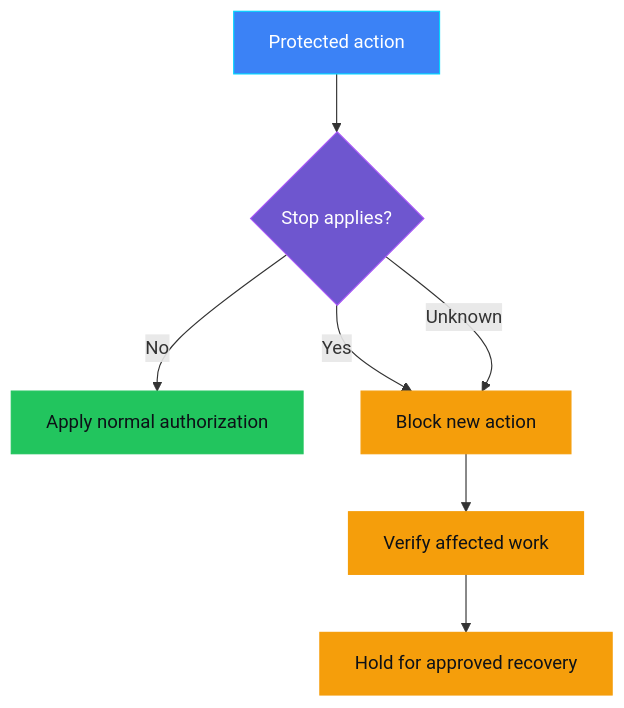
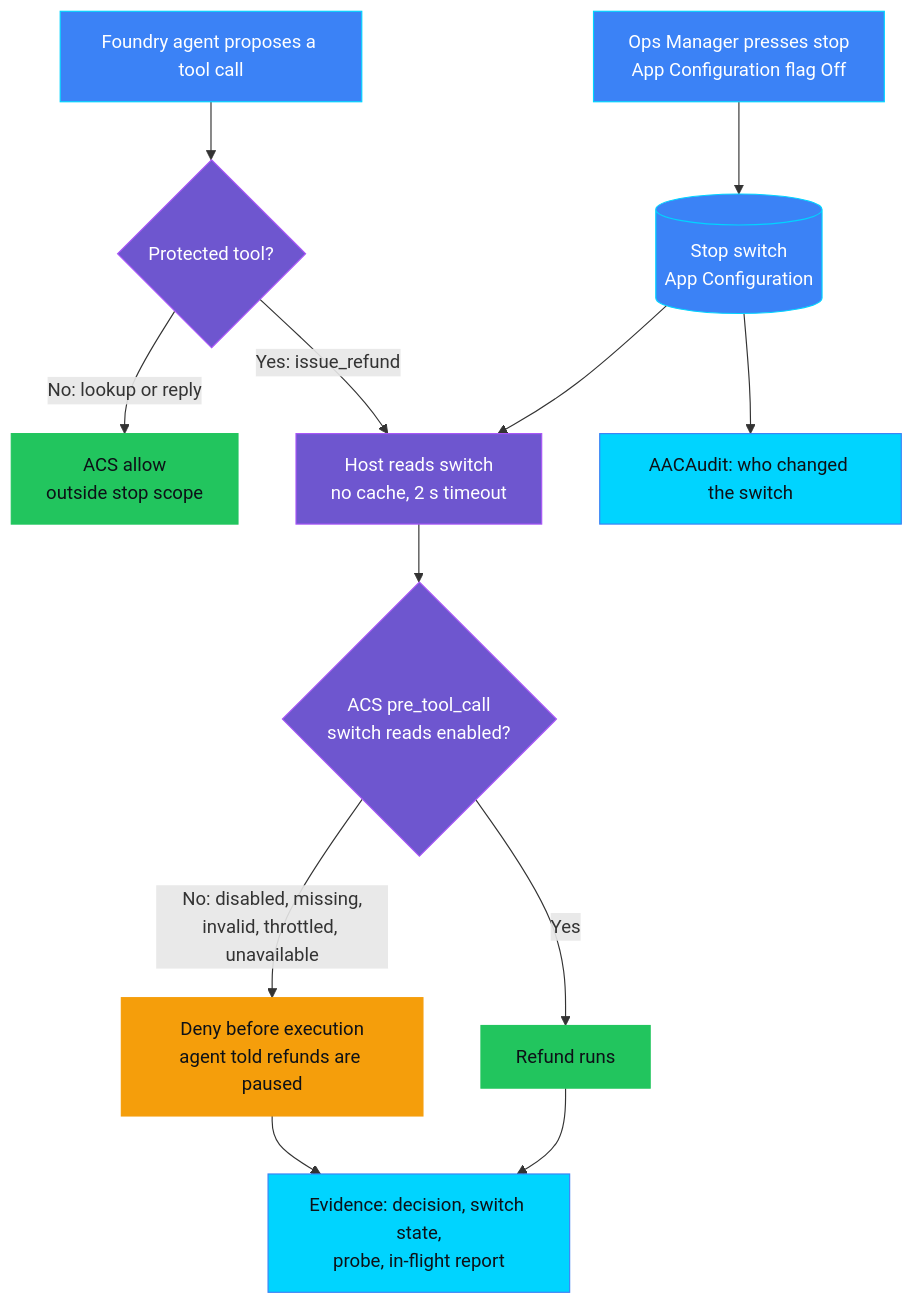
The first of 2 diagrams in controls/autonomy_and_human_oversight/AUT-004_emergency_stop_not_enforced/README.md (doruit/forged-with-foundry), drawn with Mermaid before and after one commit. The commit also changed other lines of this file and 106 other files, not shown here.

First line of the commit message:
feat: runaway agent kill switch bundle (TOOL-003, RUN-006, AUT-004)

````diff
--- a/controls/autonomy_and_human_oversight/AUT-004_emergency_stop_not_enforced/README.md
+++ b/controls/autonomy_and_human_oversight/AUT-004_emergency_stop_not_enforced/README.md
@@ -76,18 +170,25 @@
 ```mermaid
 flowchart TB
-    A[Protected action] --> S{Stop applies?}
-    S -->|No| N[Apply normal authorization]
-    S -->|Yes| B[Block new action]
-    S -->|Unknown| B
-    B --> V[Verify affected work]
-    V --> H[Hold for approved recovery]
+    O[Ops Manager presses stop<br/>App Configuration flag Off] --> F[(Stop switch<br/>App Configuration)]
+    M[Foundry agent proposes a tool call] --> Q{Protected tool?}
+    Q -->|No: lookup or reply| A[ACS allow<br/>outside stop scope]
+    Q -->|Yes: issue_refund| R[Host reads switch<br/>no cache, 2 s timeout]
+    F --> R
+    R --> P{ACS pre_tool_call<br/>switch reads enabled?}
+    P -->|Yes| X[Refund runs]
+    P -->|No: disabled, missing,<br/>invalid, throttled, unavailable| D[Deny before execution<br/>agent told refunds are paused]
+    D --> E[Evidence: decision, switch state,<br/>probe, in-flight report]
+    X --> E
+    F --> L[AACAudit: who changed the switch]
 
     classDef governance fill:#6E56CF,stroke:#A855F7,color:#FFFFFF
     classDef platform fill:#3B82F6,stroke:#00D4FF,color:#FFFFFF
     classDef success fill:#22C55E,stroke:#22C55E,color:#0D1117
     classDef attention fill:#F59E0B,stroke:#F59E0B,color:#0D1117
-    class S governance
-    class A platform
-    class N success
-    class B,V,H attention
+    classDef evidence fill:#00D4FF,stroke:#3B82F6,color:#0D1117
+    class Q,P,R governance
+    class O,F,M platform
+    class A,X success
+    class D attention
+    class E,L evidence
 ```
````
